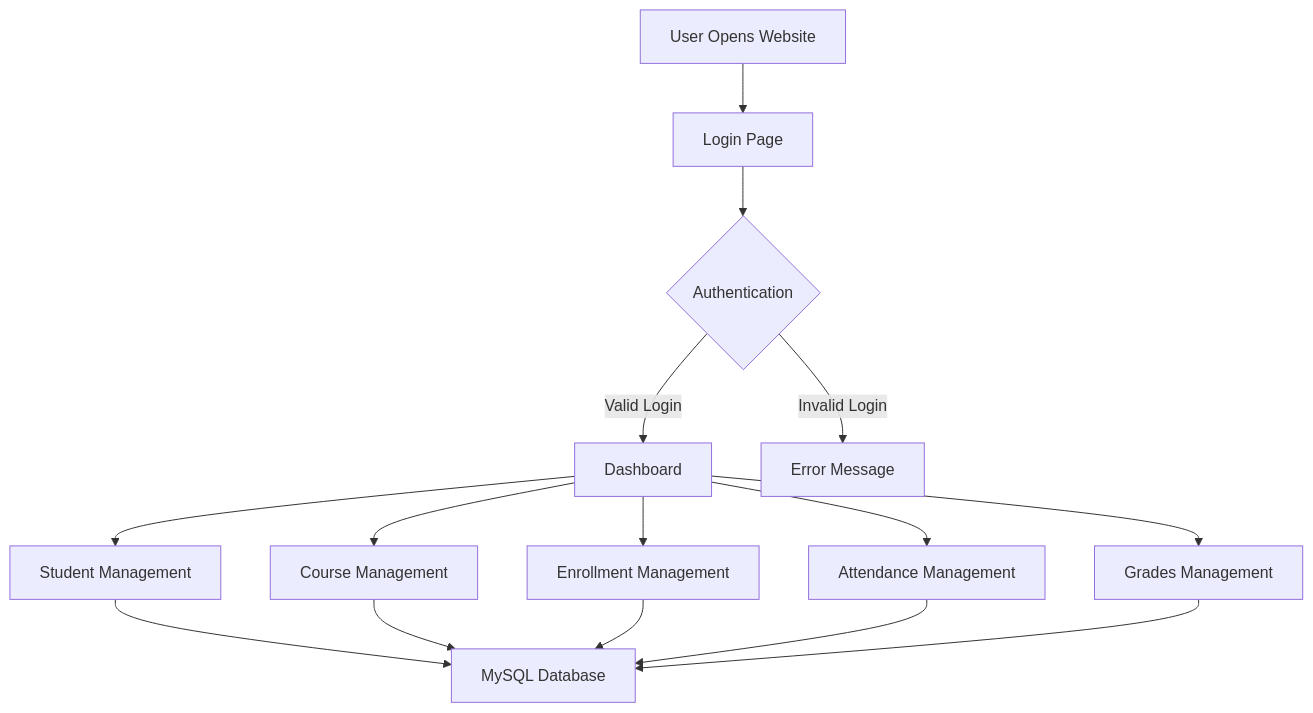
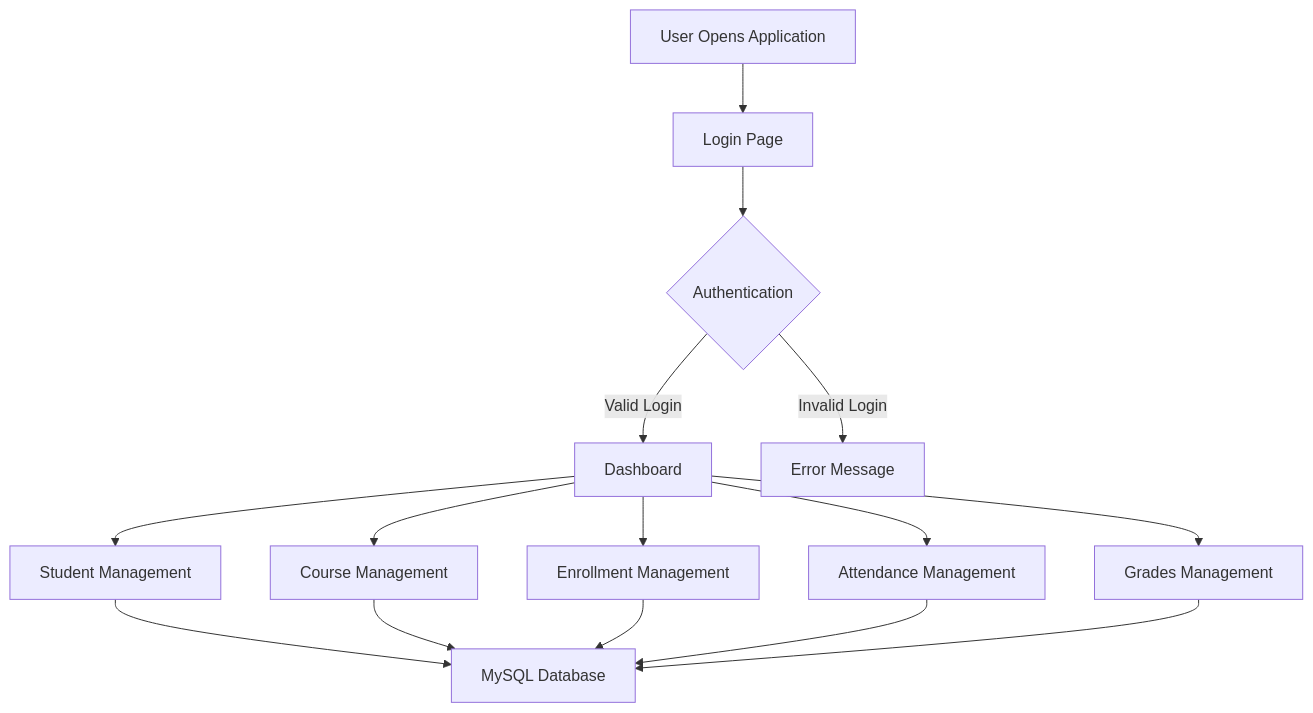
The diagram in README.md (LwinKo-kun/SMS-MVC), drawn with Mermaid before and after one commit. The commit also changed other lines of this file and 27 other files, not shown here.

````diff
--- a/README.md
+++ b/README.md
@@ -24,22 +15,19 @@
 ```mermaid
 flowchart TD
-
-A["User Opens Website"] --> B["Login Page"]
-
-B --> C{"Authentication"}
-
-C -- "Valid Login" --> D["Dashboard"]
-C -- "Invalid Login" --> E["Error Message"]
-
-D --> F["Student Management"]
-D --> G["Course Management"]
-D --> H["Enrollment Management"]
-D --> I["Attendance Management"]
-D --> J["Grades Management"]
-
-F --> K["MySQL Database"]
-G --> K
-H --> K
-I --> K
-J --> K
+    A[User Opens Application] --> B[Login Page]
+    B --> C{Authentication}
+    C -- Valid Login --> D[Dashboard]
+    C -- Invalid Login --> E[Error Message]
+    
+    D --> F[Student Management]
+    D --> G[Course Management]
+    D --> H[Enrollment Management]
+    D --> I[Attendance Management]
+    D --> J[Grades Management]
+    
+    F --> K[MySQL Database]
+    G --> K
+    H --> K
+    I --> K
+    J --> K
 ```
````
